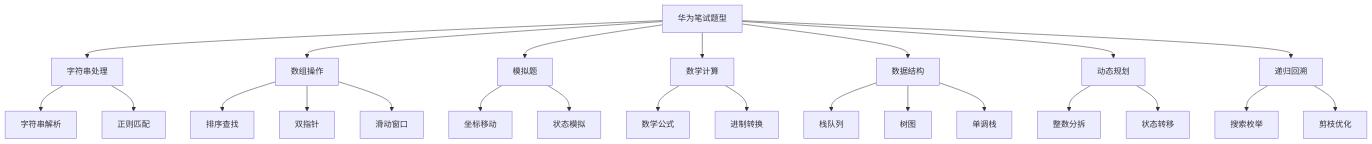
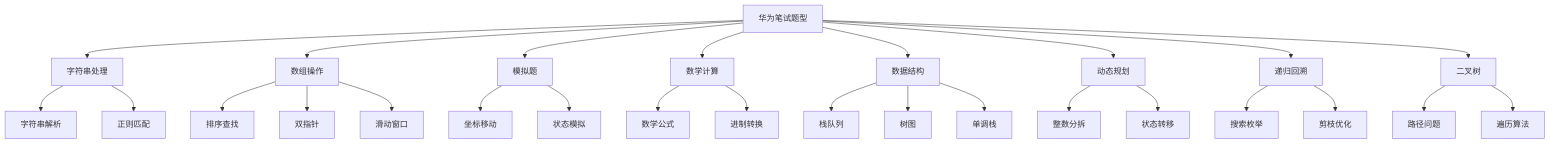
Before and after one commit to Scorpio69t/HuaweiExam: the diagram in README.md, drawn with Mermaid. The commit also changed other lines of this file and 5 other files, not shown here.

````diff
--- a/README.md
+++ b/README.md
@@ -145,27 +150,30 @@
 ```mermaid
 graph TD
     A[华为笔试题型] --> B[字符串处理]
     A --> C[数组操作]
     A --> D[模拟题]
     A --> E[数学计算]
     A --> F[数据结构]
     A --> G[动态规划]
     A --> H[递归回溯]
+    A --> I1[二叉树]
     
     B --> I[字符串解析]
     B --> J[正则匹配]
     C --> K[排序查找]
     C --> L[双指针]
     C --> M1[滑动窗口]
     D --> M[坐标移动]
     D --> N[状态模拟]
     E --> O[数学公式]
     E --> P[进制转换]
     F --> Q[栈队列]
     F --> R[树图]
     F --> S1[单调栈]
     G --> S[整数分拆]
     G --> T[状态转移]
     H --> U[搜索枚举]
     H --> V[剪枝优化]
+    I1 --> W[路径问题]
+    I1 --> X[遍历算法]
 ```
````
